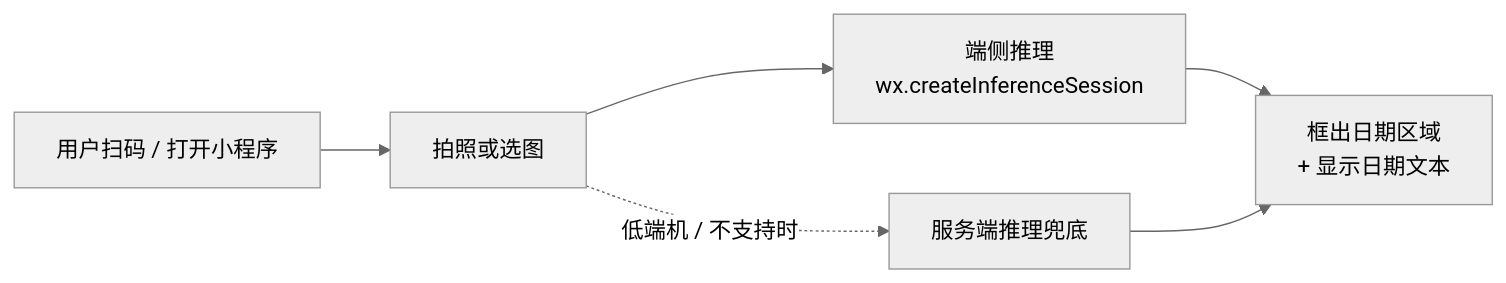
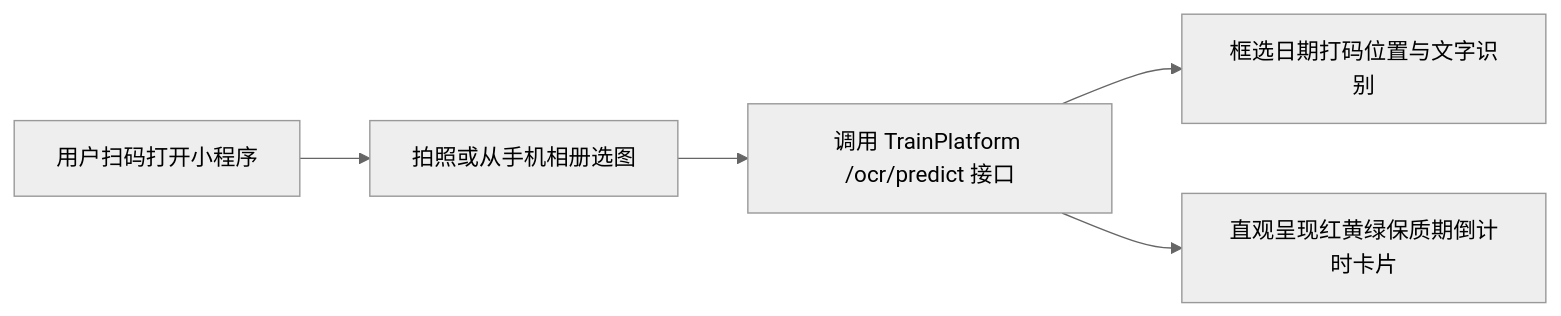
One commit to QingMouFoodDate/WxClient changed the diagram in README.md. Above: the diagram before and after it, drawn with Mermaid (neutral theme). The commit also changed other lines of this file, not shown here.

````diff
--- a/README.md
+++ b/README.md
@@ -22,8 +12,7 @@
 ```mermaid
 flowchart LR
-    A["用户扫码 / 打开小程序"] --> B["拍照或选图"]
-    B --> C["端侧推理<br/>wx.createInferenceSession"]
-    C --> D["框出日期区域<br/>+ 显示日期文本"]
-    B -.->|"低端机 / 不支持时"| E["服务端推理兜底"]
-    E --> D
+    A["用户扫码打开小程序"] --> B["拍照或从手机相册选图"]
+    B --> C["调用 TrainPlatform /ocr/predict 接口"]
+    C --> D["框选日期打码位置与文字识别"]
+    C --> E["直观呈现红黄绿保质期倒计时卡片"]
 ```
````
